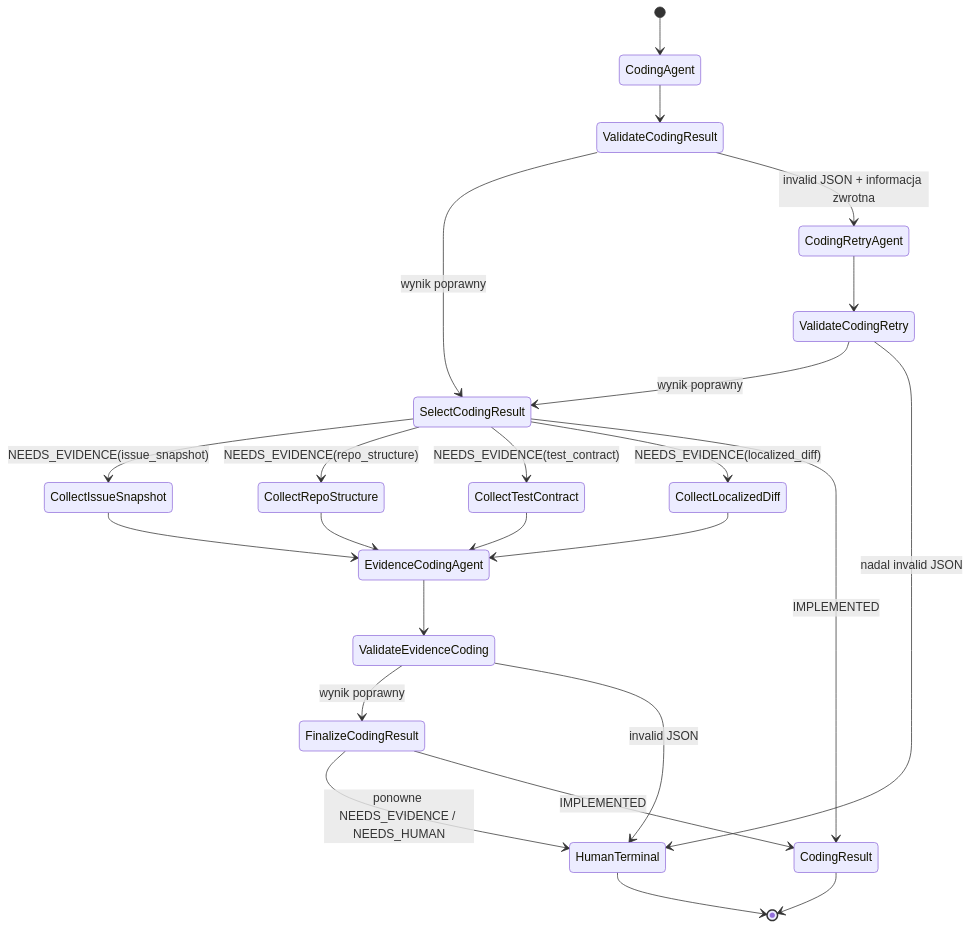
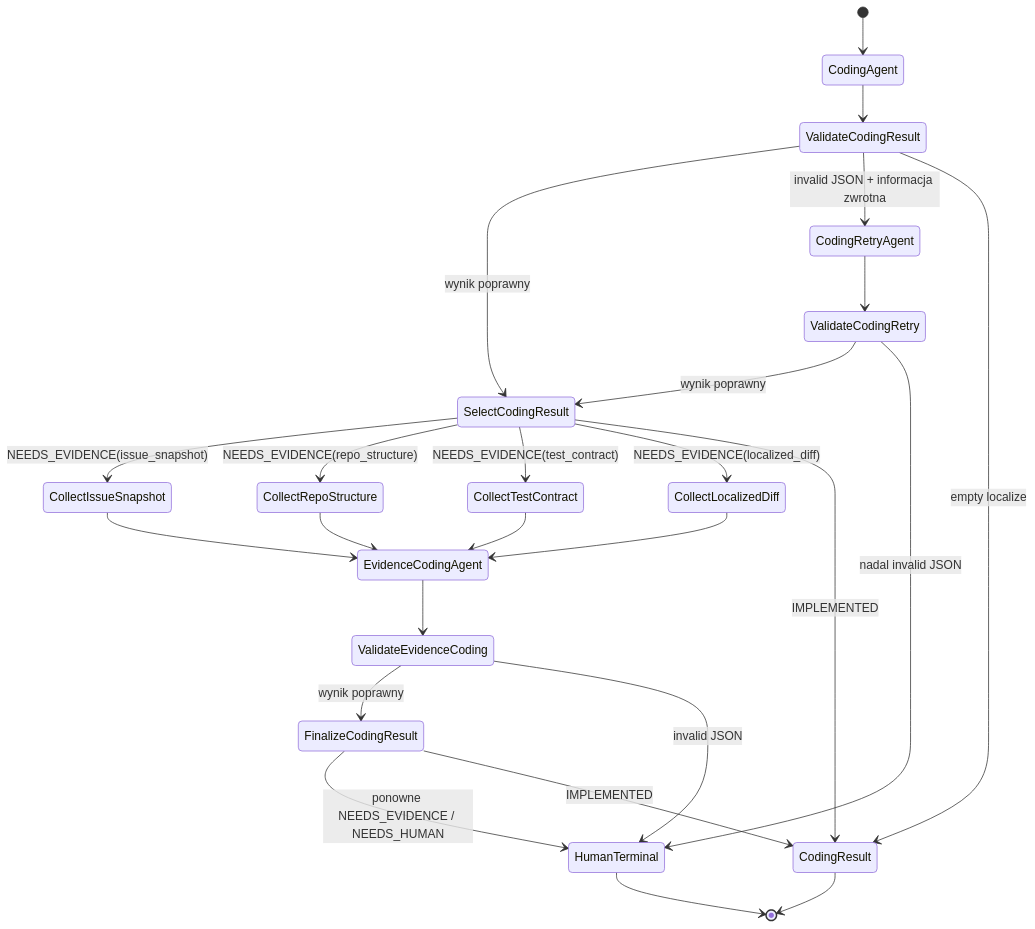
Diagram 43 of 47 in README.md (mikolaj92/lokay), drawn with Mermaid before and after one commit. The commit also changed other lines of this file and 13 other files, not shown here.

First line of the commit message:
Skip coding when localize is empty

````diff
--- a/README.md
+++ b/README.md
@@ -1169,26 +1170,27 @@
 ```mermaid
 stateDiagram-v2
     [*] --> CodingAgent
     CodingAgent --> ValidateCodingResult
     ValidateCodingResult --> SelectCodingResult: wynik poprawny
     ValidateCodingResult --> CodingRetryAgent: invalid JSON + informacja zwrotna
+    ValidateCodingResult --> CodingResult: empty localize
     CodingRetryAgent --> ValidateCodingRetry
     ValidateCodingRetry --> SelectCodingResult: wynik poprawny
     ValidateCodingRetry --> HumanTerminal: nadal invalid JSON
     SelectCodingResult --> CollectIssueSnapshot: NEEDS_EVIDENCE(issue_snapshot)
     SelectCodingResult --> CollectRepoStructure: NEEDS_EVIDENCE(repo_structure)
     SelectCodingResult --> CollectTestContract: NEEDS_EVIDENCE(test_contract)
     SelectCodingResult --> CollectLocalizedDiff: NEEDS_EVIDENCE(localized_diff)
     CollectIssueSnapshot --> EvidenceCodingAgent
     CollectRepoStructure --> EvidenceCodingAgent
     CollectTestContract --> EvidenceCodingAgent
     CollectLocalizedDiff --> EvidenceCodingAgent
     EvidenceCodingAgent --> ValidateEvidenceCoding
     ValidateEvidenceCoding --> FinalizeCodingResult: wynik poprawny
     ValidateEvidenceCoding --> HumanTerminal: invalid JSON
     FinalizeCodingResult --> HumanTerminal: ponowne NEEDS_EVIDENCE / NEEDS_HUMAN
     SelectCodingResult --> CodingResult: IMPLEMENTED
     FinalizeCodingResult --> CodingResult: IMPLEMENTED
     CodingResult --> [*]
     HumanTerminal --> [*]
 ```
````
